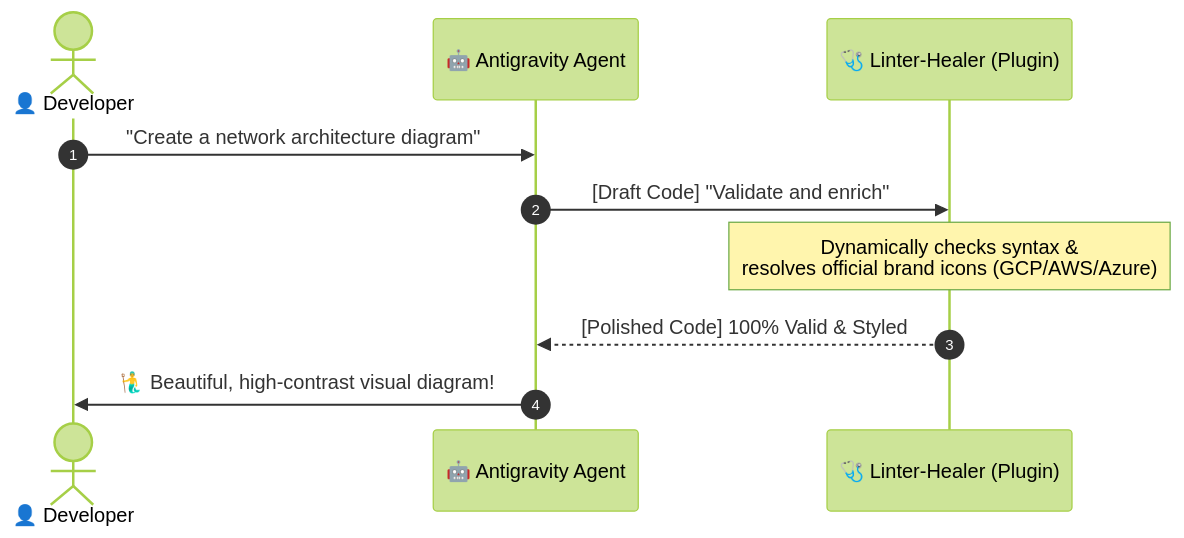
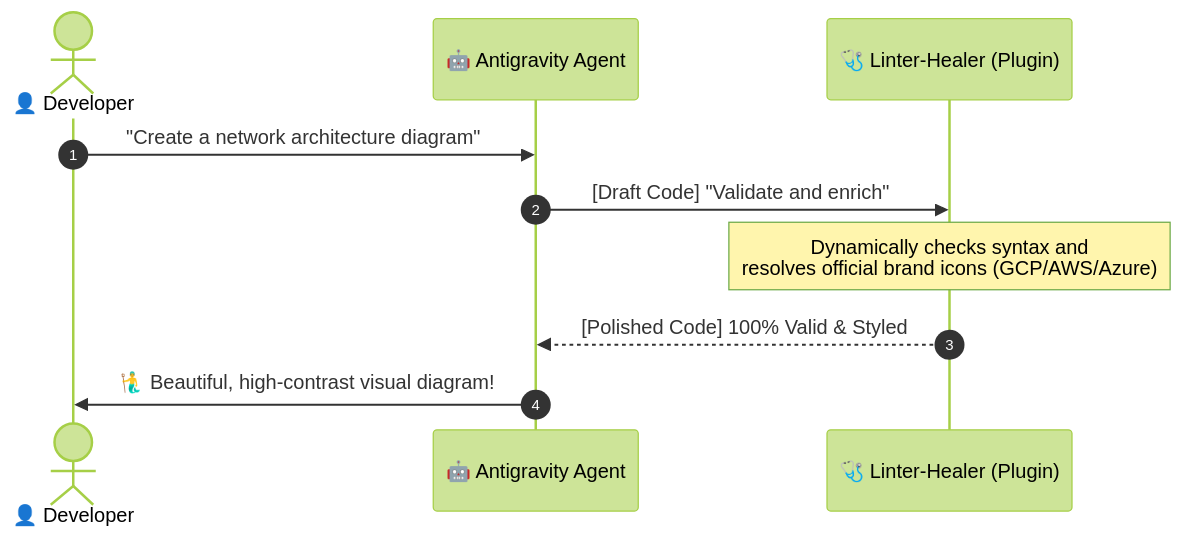
Before and after one commit to JuanKRuiz/jk-agy-mermaid: the diagram in README.md, drawn with Mermaid (forest theme). The commit also changed other lines of this file and 1 other file, not shown here.

Commit message:
docs(readme): resolve GitHub rendering constraints on Mermaid diagrams

````diff
--- a/README.md
+++ b/README.md
@@ -17,13 +17,13 @@
 ```mermaid
 sequenceDiagram
     autonumber
     actor User as 👤 Developer
     participant Agent as 🤖 Antigravity Agent
     participant Healer as 🩺 Linter-Healer (Plugin)
     
     User->>Agent: "Create a network architecture diagram"
     Agent->>Healer: [Draft Code] "Validate and enrich"
-    Note over Healer: Dynamically checks syntax &<br/>resolves official brand icons (GCP/AWS/Azure)
+    Note over Healer: Dynamically checks syntax and<br/>resolves official brand icons (GCP/AWS/Azure)
     Healer-->>Agent: [Polished Code] 100% Valid & Styled
     Agent->>User: 🧜‍♂️ Beautiful, high-contrast visual diagram!
 ```
````
